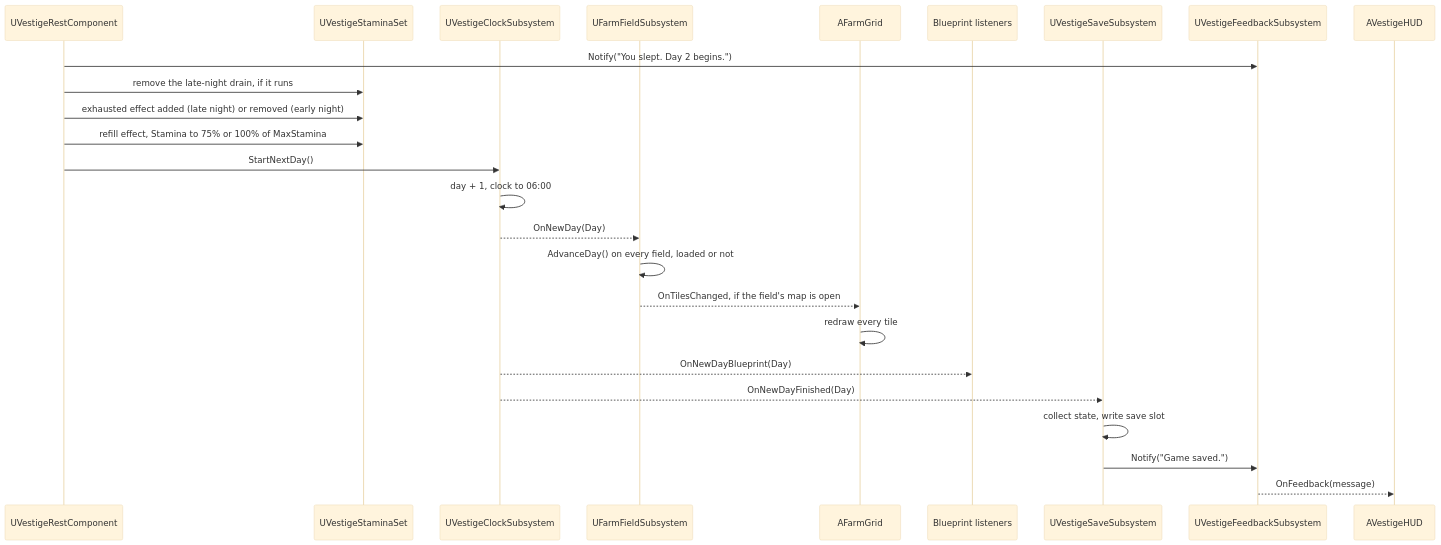
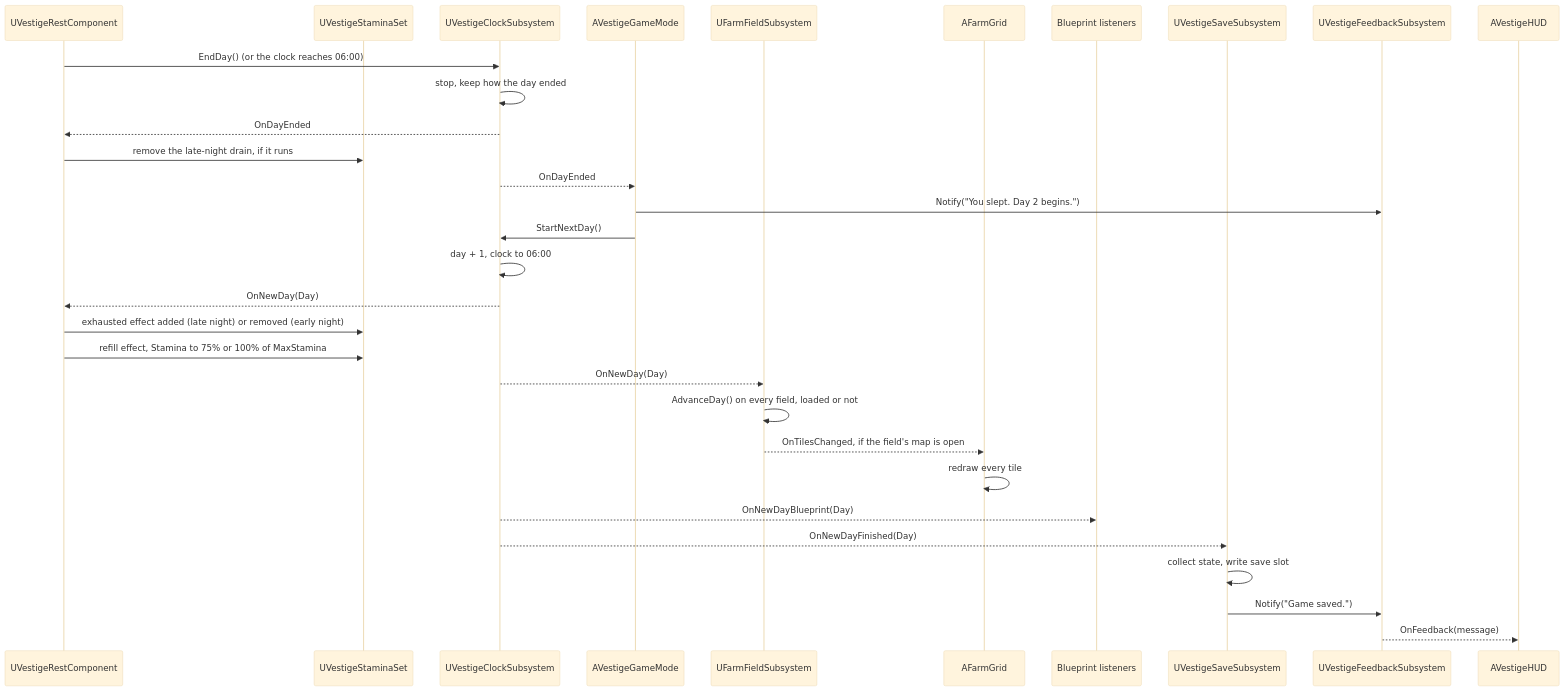
One commit to DunderGG/ProjectVestige changed the second of 2 diagrams in Docs/Architecture.md. Above: the diagram before and after it, drawn with Mermaid (base theme). The commit also changed other lines of this file and 32 other files, not shown here.

````diff
--- a/Docs/Architecture.md
+++ b/Docs/Architecture.md
@@ -517,27 +523,33 @@
 ```mermaid
 sequenceDiagram
     participant Rest as UVestigeRestComponent
     participant Stamina as UVestigeStaminaSet
     participant Clock as UVestigeClockSubsystem
+    participant GameMode as AVestigeGameMode
     participant Fields as UFarmFieldSubsystem
     participant Grid as AFarmGrid
     participant Blueprints as Blueprint listeners
     participant Save as UVestigeSaveSubsystem
     participant Feedback as UVestigeFeedbackSubsystem
     participant HUD as AVestigeHUD
-    Rest->>Feedback: Notify("You slept. Day 2 begins.")
+    Rest->>Clock: EndDay() (or the clock reaches 06:00)
+    Clock->>Clock: stop, keep how the day ended
+    Clock-->>Rest: OnDayEnded
     Rest->>Stamina: remove the late-night drain, if it runs
+    Clock-->>GameMode: OnDayEnded
+    GameMode->>Feedback: Notify("You slept. Day 2 begins.")
+    GameMode->>Clock: StartNextDay()
+    Clock->>Clock: day + 1, clock to 06:00
+    Clock-->>Rest: OnNewDay(Day)
     Rest->>Stamina: exhausted effect added (late night) or removed (early night)
     Rest->>Stamina: refill effect, Stamina to 75% or 100% of MaxStamina
-    Rest->>Clock: StartNextDay()
-    Clock->>Clock: day + 1, clock to 06:00
     Clock-->>Fields: OnNewDay(Day)
     Fields->>Fields: AdvanceDay() on every field, loaded or not
     Fields-->>Grid: OnTilesChanged, if the field's map is open
     Grid->>Grid: redraw every tile
     Clock-->>Blueprints: OnNewDayBlueprint(Day)
     Clock-->>Save: OnNewDayFinished(Day)
     Save->>Save: collect state, write save slot
     Save->>Feedback: Notify("Game saved.")
     Feedback-->>HUD: OnFeedback(message)
 ```
````
